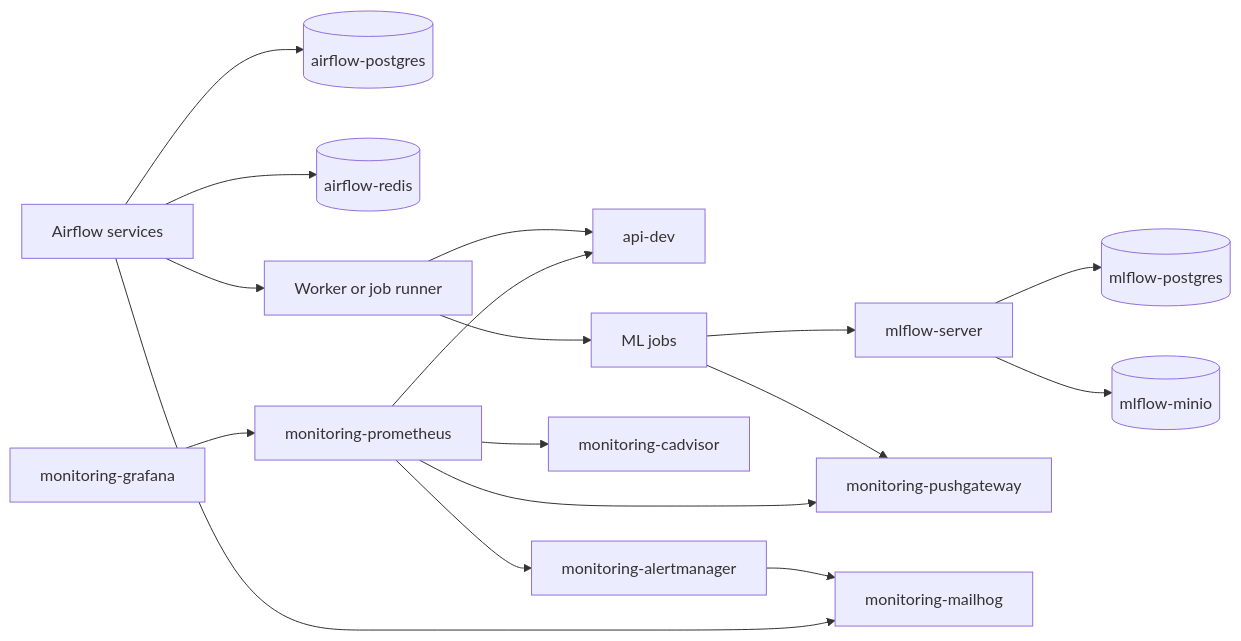
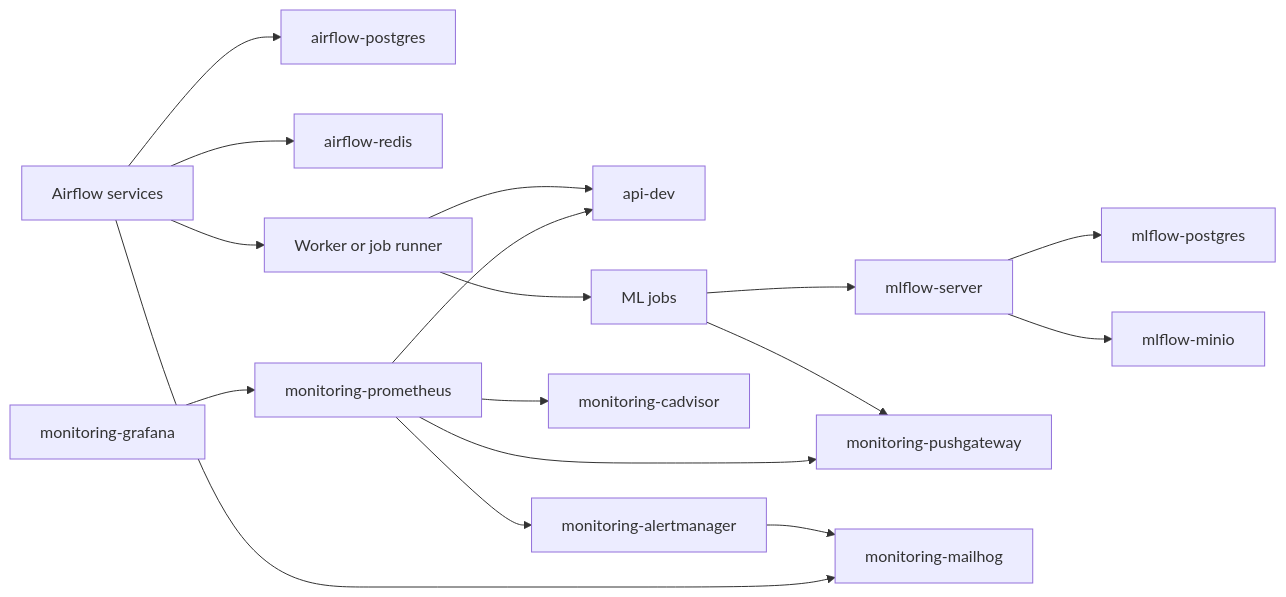
One commit to zheddhe/avr25-mle-trafic-cycliste changed the diagram in docs/local-prod-network-topology.md. Above: the diagram before and after it, drawn with Mermaid. The commit also changed other lines of this file, not shown here.

Commit message:
docs: improve Mermaid diagram compatibility

````diff
--- a/docs/local-prod-network-topology.md
+++ b/docs/local-prod-network-topology.md
@@ -233,21 +236,35 @@
 ```mermaid
-flowchart LR
-    airflow[Airflow services] --> airflow_db[(airflow-postgres)]
-    airflow --> airflow_redis[(airflow-redis)]
-    airflow --> runner[Worker or job runner]
-    runner --> api[api-dev]
-    runner --> jobs[ML jobs]
+graph LR
+    airflow_services["Airflow services"]
+    airflow_postgres["airflow-postgres"]
+    airflow_redis["airflow-redis"]
+    job_runner["Worker or job runner"]
+    api_service["api-dev"]
+    ml_jobs["ML jobs"]
+    mlflow_server["mlflow-server"]
+    mlflow_postgres["mlflow-postgres"]
+    mlflow_minio["mlflow-minio"]
+    pushgateway["monitoring-pushgateway"]
+    prometheus["monitoring-prometheus"]
+    cadvisor["monitoring-cadvisor"]
+    alertmanager["monitoring-alertmanager"]
+    grafana["monitoring-grafana"]
+    mailhog["monitoring-mailhog"]
 
-    jobs --> mlflow[mlflow-server]
-    mlflow --> mlflow_db[(mlflow-postgres)]
-    mlflow --> minio[(mlflow-minio)]
-
-    jobs --> pushgateway[monitoring-pushgateway]
-    prometheus[monitoring-prometheus] --> api
+    airflow_services --> airflow_postgres
+    airflow_services --> airflow_redis
+    airflow_services --> job_runner
+    job_runner --> api_service
+    job_runner --> ml_jobs
+    ml_jobs --> mlflow_server
+    mlflow_server --> mlflow_postgres
+    mlflow_server --> mlflow_minio
+    ml_jobs --> pushgateway
+    prometheus --> api_service
     prometheus --> pushgateway
-    prometheus --> cadvisor[monitoring-cadvisor]
-    prometheus --> alertmanager[monitoring-alertmanager]
-    grafana[monitoring-grafana] --> prometheus
-    alertmanager --> mailhog[monitoring-mailhog]
-    airflow --> mailhog
+    prometheus --> cadvisor
+    prometheus --> alertmanager
+    grafana --> prometheus
+    alertmanager --> mailhog
+    airflow_services --> mailhog
 ```
````
